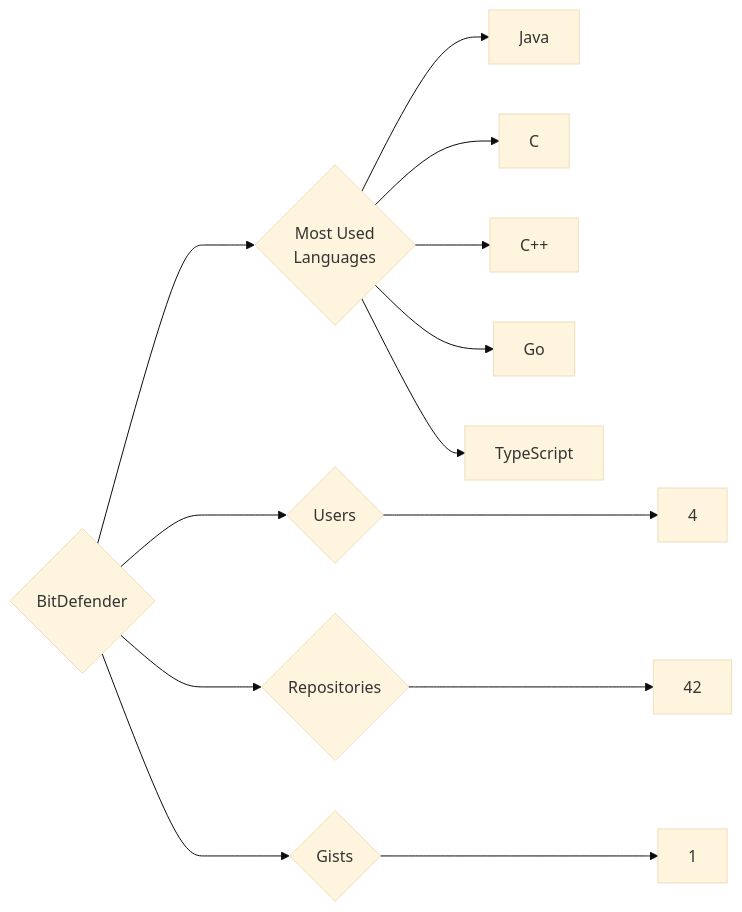
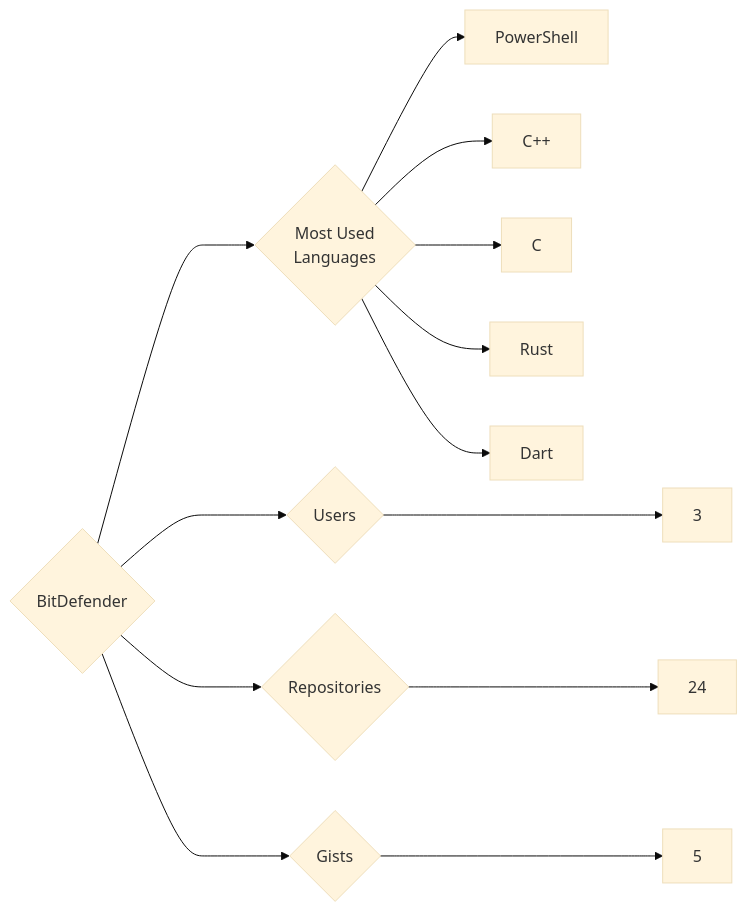
One commit to trickest/insiders changed the diagram in targets/BitDefender/README.md. Above: the diagram before and after it, drawn with Mermaid (base theme). The commit also changed 1212 other files, not shown here.

````diff
--- a/targets/BitDefender/README.md
+++ b/targets/BitDefender/README.md
@@ -3,13 +3,13 @@
 ```mermaid
 graph LR
 COMPANY_NAME{BitDefender}
-COMPANY_NAME ---> U{Users} ---> UN[4]
-COMPANY_NAME ---> R{Repositories} ---> RN[42]
-COMPANY_NAME ---> G{Gists} ---> GN[1]
+COMPANY_NAME ---> U{Users} ---> UN[3]
+COMPANY_NAME ---> R{Repositories} ---> RN[24]
+COMPANY_NAME ---> G{Gists} ---> GN[5]
 COMPANY_NAME ---> ML{Most Used<br>Languages}
-ML --> Java[Java]
+ML --> PowerShell[PowerShell]
+ML --> C++[C++]
 ML --> C[C]
-ML --> C++[C++]
-ML --> Go[Go]
-ML --> TypeScript[TypeScript]
+ML --> Rust[Rust]
+ML --> Dart[Dart]
 ```
````
